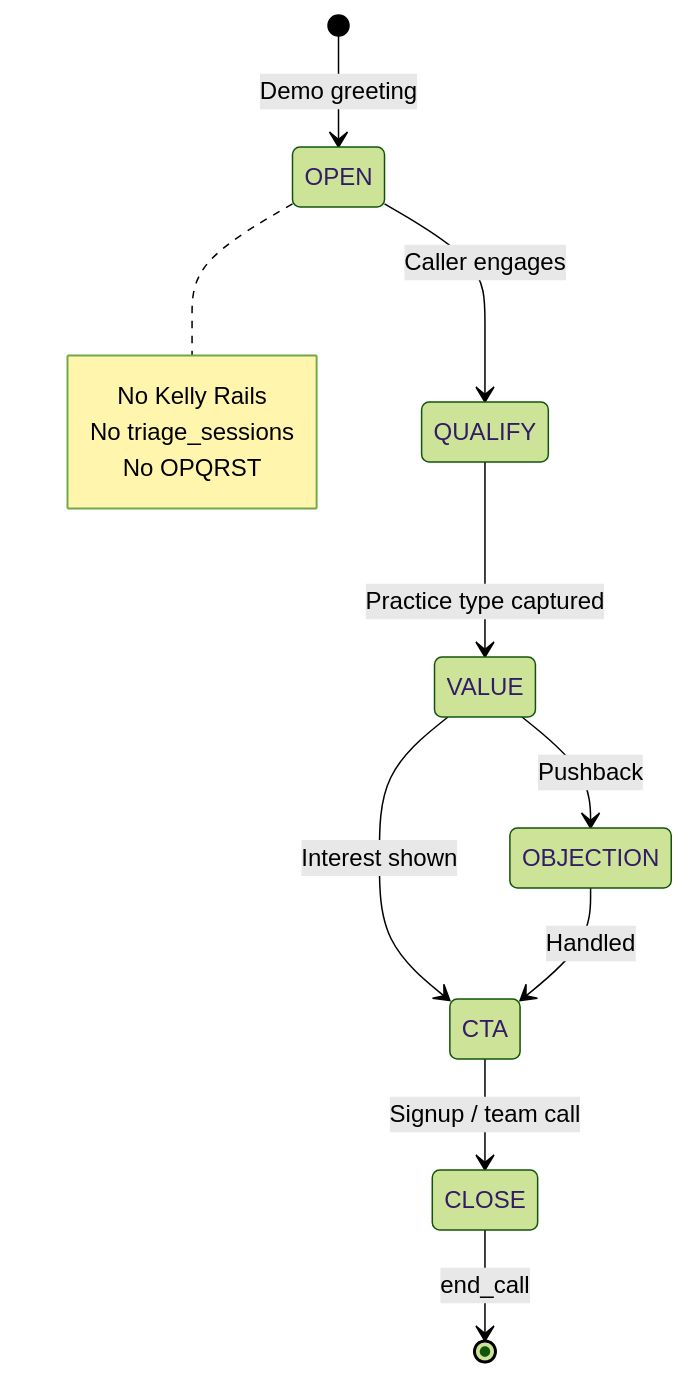
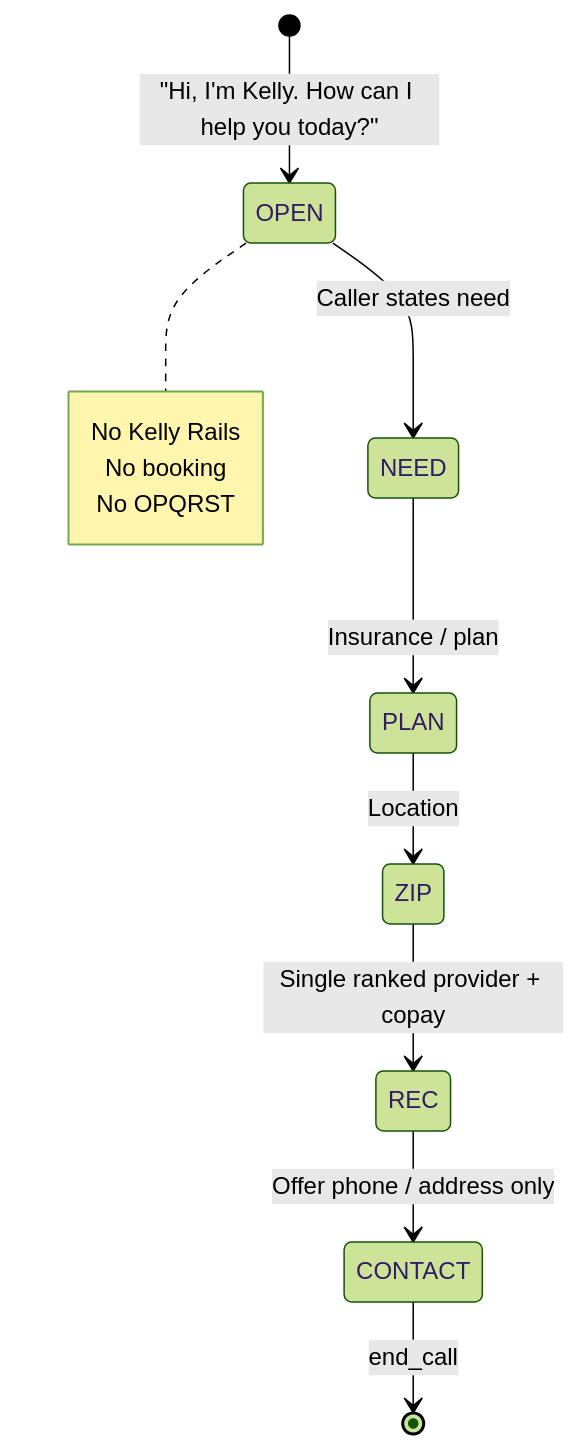
Before and after one commit to thetradingdoc/somo-platform: the fifth of 6 diagrams in docs/voice/VOICE_ROUTING_ARCHITECTURE.md, drawn with Mermaid (forest theme). The commit also changed other lines of this file and 271 other files, not shown here.

````diff
--- a/docs/voice/VOICE_ROUTING_ARCHITECTURE.md
+++ b/docs/voice/VOICE_ROUTING_ARCHITECTURE.md
@@ -220,17 +222,16 @@
 ```mermaid
 stateDiagram-v2
-  [*] --> OPEN: Demo greeting
-  OPEN --> QUALIFY: Caller engages
-  QUALIFY --> VALUE: Practice type captured
-  VALUE --> CTA: Interest shown
-  VALUE --> OBJECTION: Pushback
-  OBJECTION --> CTA: Handled
-  CTA --> CLOSE: Signup / team call
-  CLOSE --> [*]: end_call
+  [*] --> OPEN: "Hi, I'm Kelly. How can I help you today?"
+  OPEN --> NEED: Caller states need
+  NEED --> PLAN: Insurance / plan
+  PLAN --> ZIP: Location
+  ZIP --> REC: Single ranked provider + copay
+  REC --> CONTACT: Offer phone / address only
+  CONTACT --> [*]: end_call
 
   note right of OPEN
     No Kelly Rails
-    No triage_sessions
+    No booking
     No OPQRST
   end note
 ```
````
